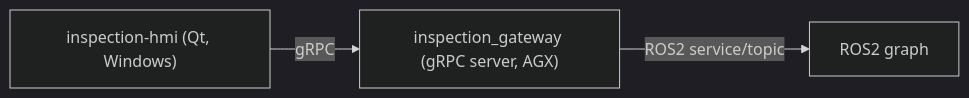
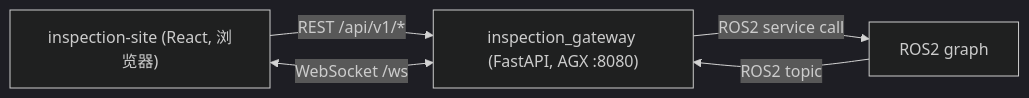
The diagram in docs/INSPECTION_GATEWAY_DESIGN.md (Misaka21/inspection-robot), drawn with Mermaid (dark theme) before and after one commit. The commit also changed other lines of this file, not shown here.

First line of the commit message:
📝 docs(gateway): 重写 INSPECTION_GATEWAY_DESIGN.md，从 gRPC 更新为 REST/WS 架构

````diff
--- a/docs/INSPECTION_GATEWAY_DESIGN.md
+++ b/docs/INSPECTION_GATEWAY_DESIGN.md
@@ -75,9 +78,11 @@
 ```mermaid
 flowchart LR
-  HMI["inspection-hmi (Qt, Windows)"]
-  GW["inspection_gateway (gRPC server, AGX)"]
+  FE["inspection-site (React, 浏览器)"]
+  GW["inspection_gateway (FastAPI, AGX :8080)"]
   ROS["ROS2 graph"]
 
-  HMI -->|"gRPC"| GW
-  GW -->|"ROS2 service/topic"| ROS
+  FE -->|"REST /api/v1/*"| GW
+  FE <-->|"WebSocket /ws"| GW
+  GW -->|"ROS2 service call"| ROS
+  ROS -->|"ROS2 topic"| GW
 ```
````
